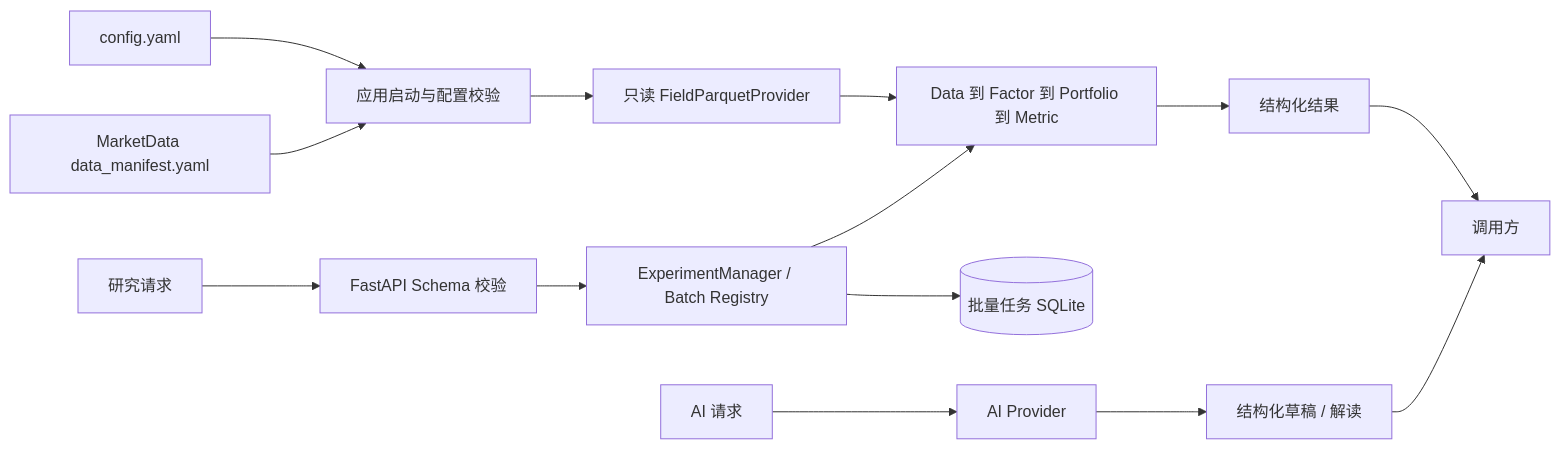
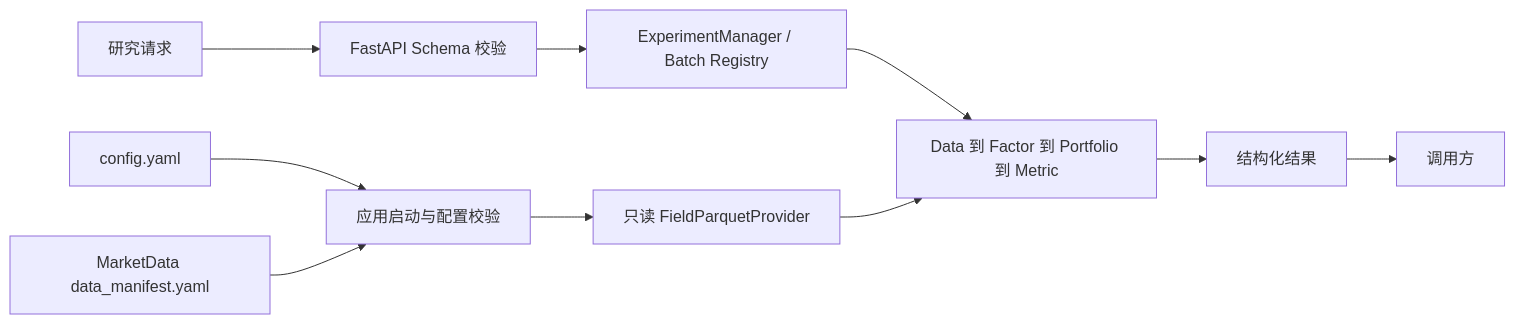
One commit to dushilieerem/221 changed the second of 2 diagrams in docs/架构与技术/系统架构.md. Above: the diagram before and after it, drawn with Mermaid. The commit also changed other lines of this file and 22 other files, not shown here.

````diff
--- a/docs/架构与技术/系统架构.md
+++ b/docs/架构与技术/系统架构.md
@@ -146,16 +137,12 @@
 ```mermaid
 flowchart LR
     CFG[config.yaml] --> START[应用启动与配置校验]
     MAN[MarketData data_manifest.yaml] --> START
     START --> PROVIDER[只读 FieldParquetProvider]
     REQ[研究请求] --> API[FastAPI Schema 校验]
     API --> TASK[ExperimentManager / Batch Registry]
     TASK --> ENG[Data 到 Factor 到 Portfolio 到 Metric]
     PROVIDER --> ENG
     ENG --> RESULT[结构化结果]
     RESULT --> CLIENT[调用方]
-    TASK --> SQLITE[(批量任务 SQLite)]
-    AIREQ[AI 请求] --> LLM[AI Provider]
-    LLM --> AIRES[结构化草稿 / 解读]
-    AIRES --> CLIENT
 ```
````
